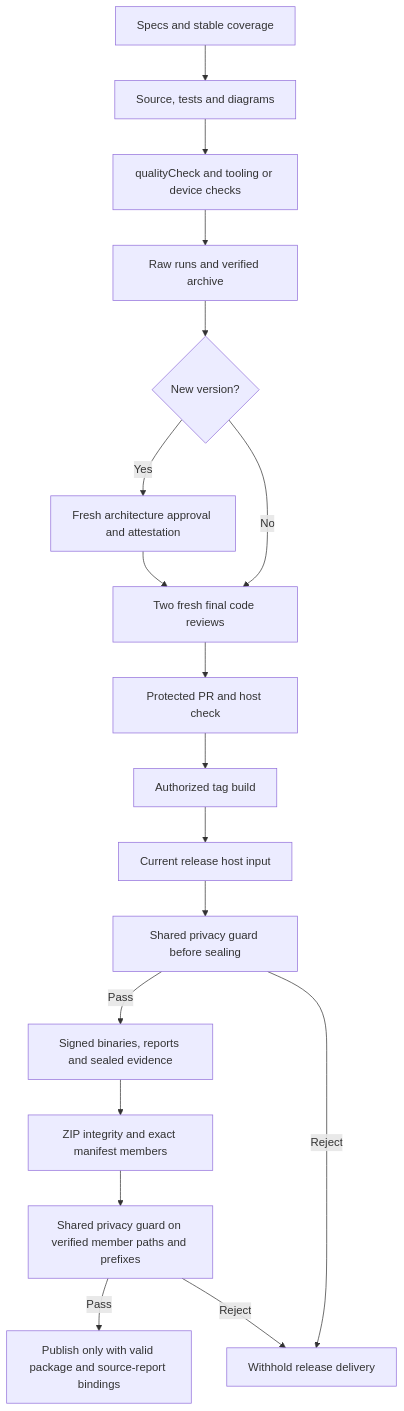
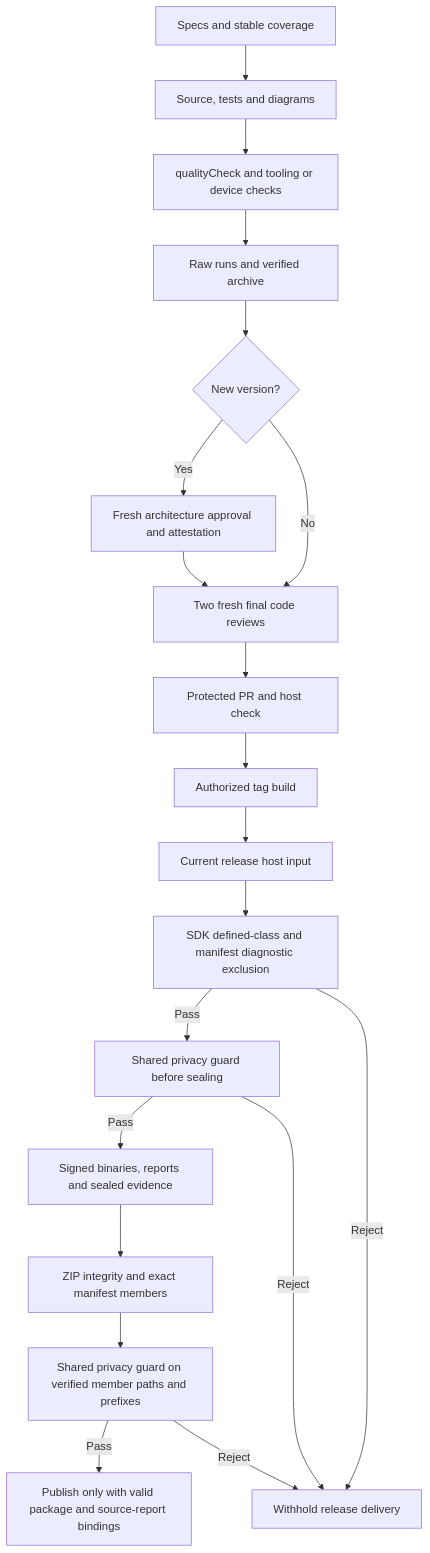
The first of 2 diagrams in docs/architecture/features/verification-and-release.md (PhiLong-Ho/DexDroid), drawn with Mermaid before and after one commit. The commit also changed other lines of this file and 24 other files, not shown here.

````diff
--- a/docs/architecture/features/verification-and-release.md
+++ b/docs/architecture/features/verification-and-release.md
@@ -21,20 +21,22 @@
 ```mermaid
 flowchart TB
     Contract[Specs and stable coverage] --> Candidate[Source, tests and diagrams]
     Candidate --> Checks[qualityCheck and tooling or device checks]
     Checks --> Evidence[Raw runs and verified archive]
     Evidence --> RC{New version?}
     RC -->|Yes| AR[Fresh architecture approval and attestation]
     RC -->|No| Reviews[Two fresh final code reviews]
     AR --> Reviews
     Reviews --> PR[Protected PR and host check]
     PR --> Release[Authorized tag build]
     Release --> Host[Current release host input]
-    Host --> RawGuard[Shared privacy guard before sealing]
+    Host --> BinaryGuard[SDK defined-class and manifest diagnostic exclusion]
+    BinaryGuard -->|Pass| RawGuard[Shared privacy guard before sealing]
+    BinaryGuard -->|Reject| Block
     RawGuard -->|Pass| Assets[Signed binaries, reports and sealed evidence]
     RawGuard -->|Reject| Block[Withhold release delivery]
     Assets --> Integrity[ZIP integrity and exact manifest members]
     Integrity --> Members[Shared privacy guard on verified member paths and prefixes]
     Members -->|Pass| Publish[Publish only with valid package and source-report bindings]
     Members -->|Reject| Block
 ```
````
